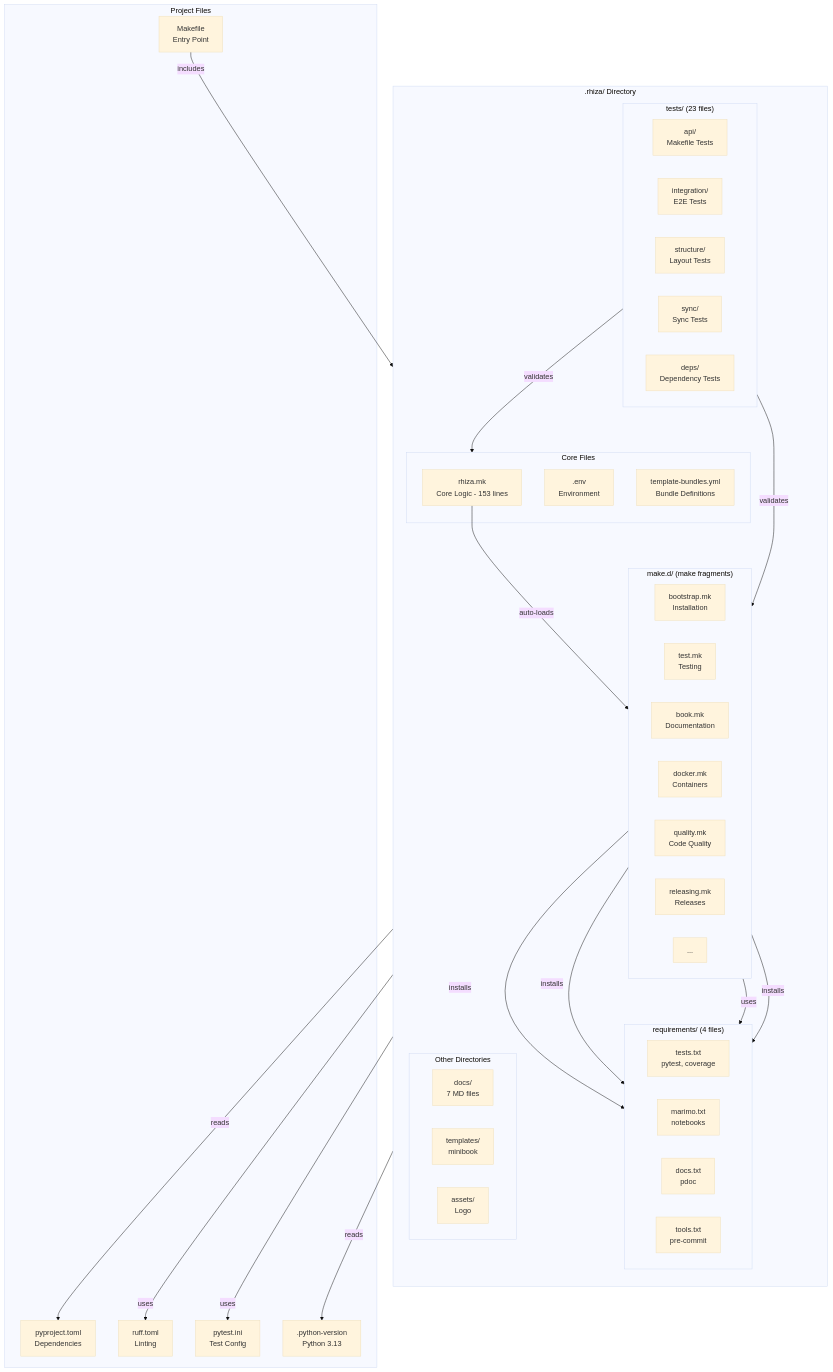
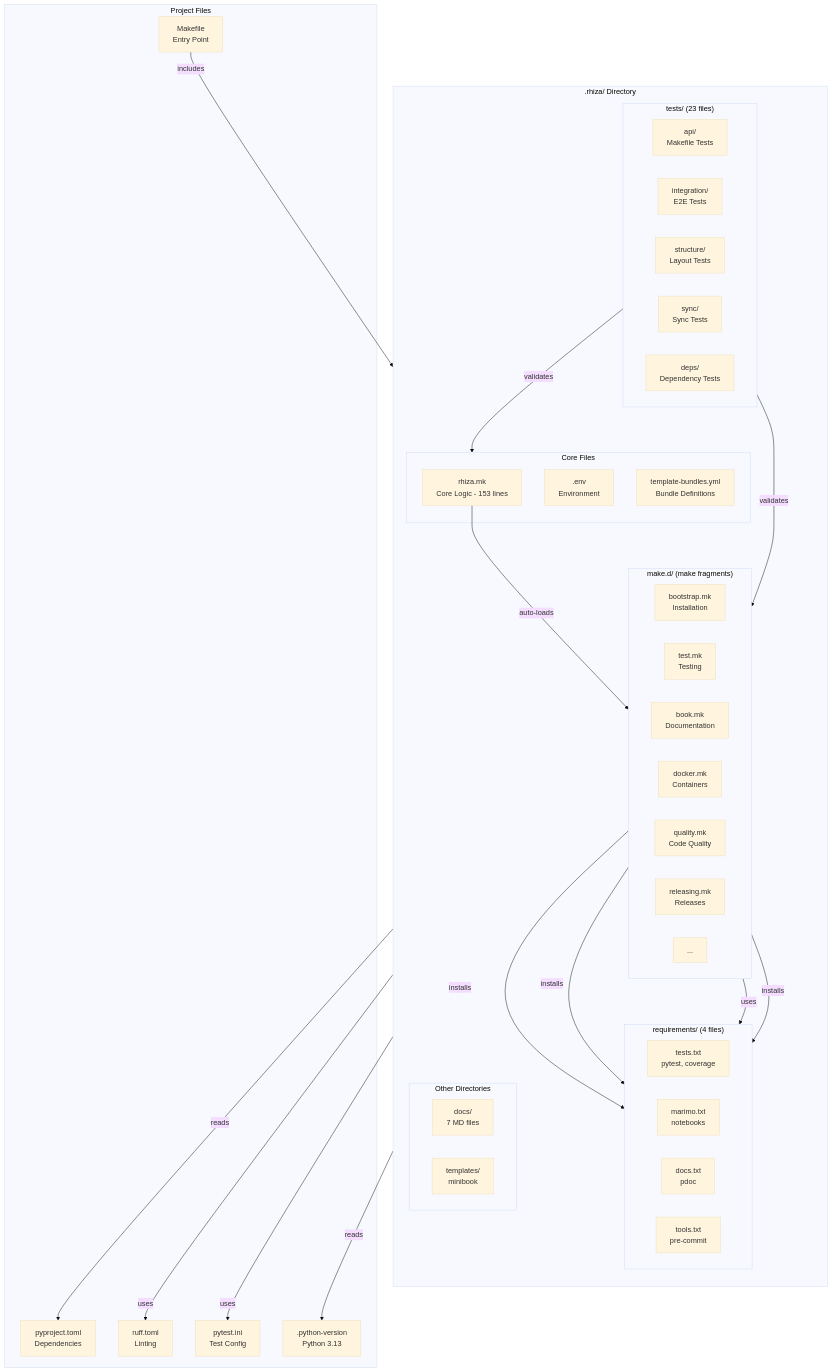
The seventh of 9 diagrams in docs/reference/ARCHITECTURE.md (Jebel-Quant/rhiza), drawn with Mermaid (base theme) before and after one commit. The commit also changed other lines of this file and 9 other files, not shown here.

First line of the commit message:
chore: remove .rhiza/assets and the dead LOGO_FILE pointer

````diff
--- a/docs/reference/ARCHITECTURE.md
+++ b/docs/reference/ARCHITECTURE.md
@@ -212,68 +211,67 @@
 ```mermaid
 flowchart TB
     subgraph rhiza[".rhiza/ Directory"]
         direction TB
         
         subgraph core["Core Files"]
             rhizamk[rhiza.mk<br/>Core Logic - 153 lines]
             env[.env<br/>Environment]
             bundles[template-bundles.yml<br/>Bundle Definitions]
         end
         
         subgraph maked["make.d/ (make fragments)"]
             direction LR
             bootstrap[bootstrap.mk<br/>Installation]
             test[test.mk<br/>Testing]
             book_mk[book.mk<br/>Documentation]
             docker_mk[docker.mk<br/>Containers]
             quality[quality.mk<br/>Code Quality]
             releasing[releasing.mk<br/>Releases]
             more[...]
         end
         
         subgraph requirements["requirements/ (4 files)"]
             direction LR
             tests_txt[tests.txt<br/>pytest, coverage]
             marimo_txt[marimo.txt<br/>notebooks]
             docs_txt[docs.txt<br/>pdoc]
             tools_txt[tools.txt<br/>pre-commit]
         end
         
         subgraph tests_dir["tests/ (23 files)"]
             direction LR
             api[api/<br/>Makefile Tests]
             integration[integration/<br/>E2E Tests]
             structure[structure/<br/>Layout Tests]
             sync[sync/<br/>Sync Tests]
             deps[deps/<br/>Dependency Tests]
         end
         
         subgraph other["Other Directories"]
             direction LR
             docs_dir[docs/<br/>7 MD files]
             templates_dir[templates/<br/>minibook]
-            assets_dir[assets/<br/>Logo]
         end
     end
     
     subgraph project["Project Files"]
         Makefile[Makefile<br/>Entry Point]
         pyproject[pyproject.toml<br/>Dependencies]
         ruff_toml[ruff.toml<br/>Linting]
         pytest_ini[pytest.ini<br/>Test Config]
         python_version[.python-version<br/>Python 3.13]
     end
     
     Makefile -->|includes| rhizamk
     rhizamk -->|auto-loads| maked
     maked -->|reads| pyproject
     maked -->|reads| python_version
     test -->|uses| pytest_ini
     test -->|installs| tests_txt
     book_mk -->|installs| docs_txt
     book_mk -->|uses| marimo_txt
     quality -->|uses| ruff_toml
     bootstrap -->|installs| tools_txt
     tests_dir -->|validates| core
     tests_dir -->|validates| maked
 ```
````
